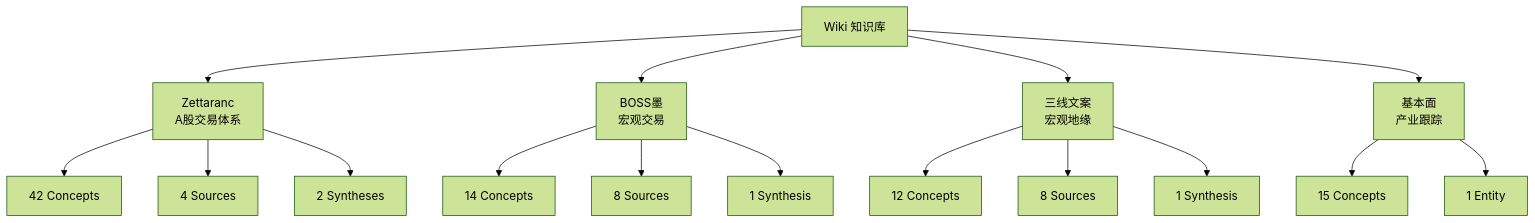
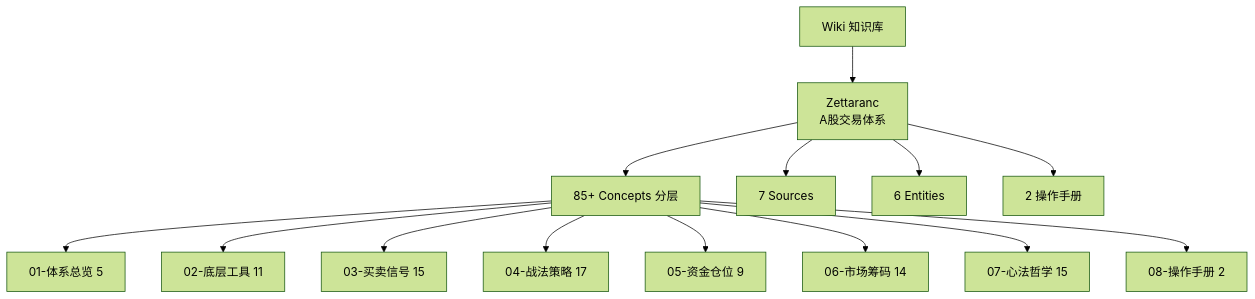
Before and after one commit to lululu811/zettaranc-knowledge: the diagram in wiki/index.md, drawn with Mermaid (forest theme). The commit also changed other lines of this file and 210 other files, not shown here.

````diff
--- a/wiki/index.md
+++ b/wiki/index.md
@@ -3,22 +9,17 @@
 ```mermaid
 graph TD
-  A[Wiki 知识库] --> B[Zettaranc
-  A股交易体系]
-  A --> C[BOSS墨
-  宏观交易]
-  A --> D[三线文案
-  宏观地缘]
-  A --> E[基本面
-  产业跟踪]
-  B --> B1[42 Concepts]
-  B --> B2[4 Sources]
-  B --> B3[2 Syntheses]
-  C --> C1[14 Concepts]
-  C --> C2[8 Sources]
-  C --> C3[1 Synthesis]
-  D --> D1[12 Concepts]
-  D --> D2[8 Sources]
-  D --> D3[1 Synthesis]
-  E --> E1[15 Concepts]
-  E --> E2[1 Entity]
+  A[Wiki 知识库] --> B[Zettaranc<br/>A股交易体系]
+  B --> B1[85+ Concepts 分层]
+  B --> B2[7 Sources]
+  B --> B3[6 Entities]
+  B --> B4[2 操作手册]
+
+  B1 --> C1[01-体系总览 5]
+  B1 --> C2[02-底层工具 11]
+  B1 --> C3[03-买卖信号 15]
+  B1 --> C4[04-战法策略 17]
+  B1 --> C5[05-资金仓位 9]
+  B1 --> C6[06-市场筹码 14]
+  B1 --> C7[07-心法哲学 15]
+  B1 --> C8[08-操作手册 2]
 ```
````
